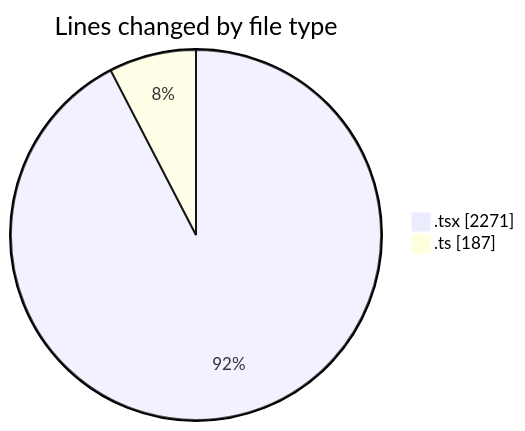
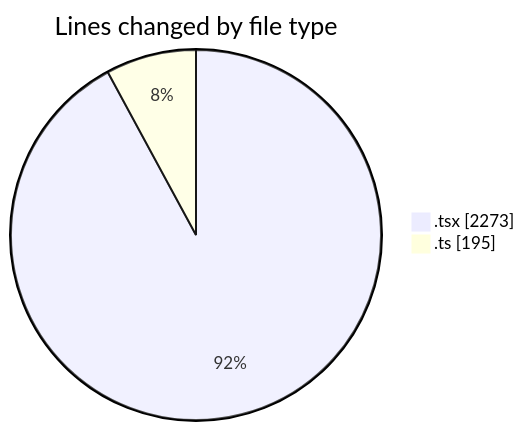
Before and after one commit to nxtqubesakshisongat/code-tracking: the first of 2 diagrams in 2026-02-10/nxtqube_webapp/README.md, drawn with Mermaid. The commit also changed other lines of this file and 1 other file, not shown here.

````diff
--- a/2026-02-10/nxtqube_webapp/README.md
+++ b/2026-02-10/nxtqube_webapp/README.md
@@ -25,6 +25,6 @@
 ```mermaid
 pie showData
 title Lines changed by file type
-".tsx" : 2271
-".ts" : 187
+".tsx" : 2273
+".ts" : 195
 ```
````
